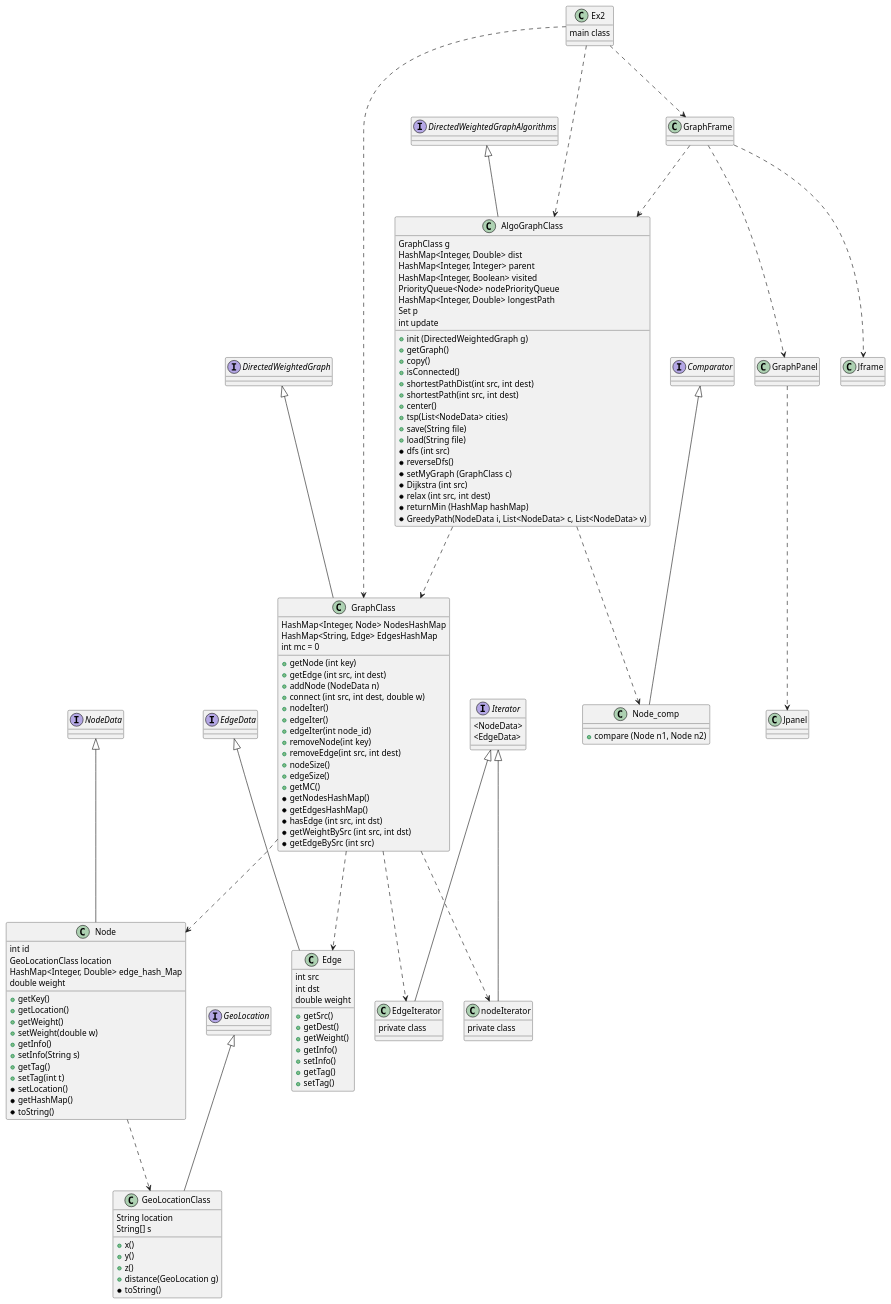
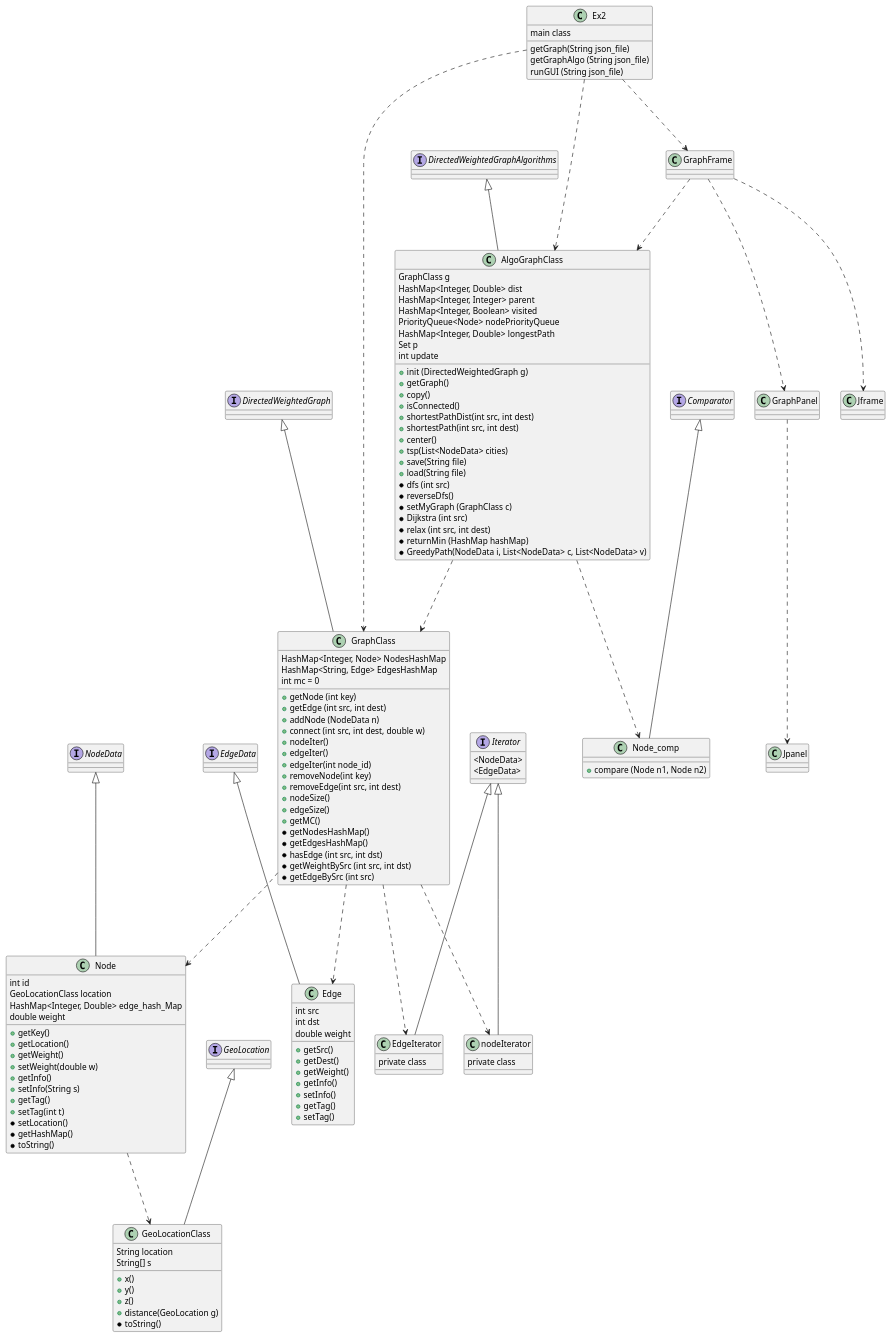
One commit to Ofiregev/Ex2_oop changed the diagram in DWG uml.puml. Above: the diagram before and after it, drawn with PlantUML. The commit also changed 3 other files, not shown here.

```diff
--- a/DWG uml.puml
+++ b/DWG uml.puml
@@ -1,180 +1,186 @@
 @startuml
 'https://plantuml.com/class-diagram
 
 interface DirectedWeightedGraph
 interface DirectedWeightedGraphAlgorithms
 interface EdgeData
 interface GeoLocation
 interface NodeData
 
 interface Iterator
 interface Comparator
 
 class Ex2
 class GraphClass
 class AlgoGraphClass
 class Edge
 class Node
 class Node_comp
 class GeoLocationClass
 class GraphFrame
 class GraphPanel
 class nodeIterator
 class EdgeIterator
 class Jframe
 class Jpanel
 
 Ex2...>AlgoGraphClass
 Ex2..>GraphClass
 
 Ex2...>GraphFrame
 GraphFrame ...>GraphPanel
 
 
 
 DirectedWeightedGraph <|--- GraphClass
 DirectedWeightedGraphAlgorithms <|--- AlgoGraphClass
 GeoLocation <|--- GeoLocationClass
 NodeData <|--- Node
 EdgeData <|--- Edge
 Iterator <|---nodeIterator
 Iterator <|--- EdgeIterator
 Comparator <|--- Node_comp
 
 GraphFrame ...>Jframe
 GraphPanel ...> Jpanel
 
 AlgoGraphClass ...> GraphClass
 AlgoGraphClass ...>Node_comp
 Node ...>GeoLocationClass
 
 GraphClass ...> Node
 GraphClass ...> Edge
 GraphClass ...>nodeIterator
 GraphClass ...>EdgeIterator
 GraphFrame ...>AlgoGraphClass
 
 
 class Ex2{
 main class
 }
 
 class GraphClass{
 HashMap<Integer, Node> NodesHashMap
  HashMap<String, Edge> EdgesHashMap
  int mc = 0
 +getNode (int key)
 +getEdge (int src, int dest)
 +addNode (NodeData n)
 +connect (int src, int dest, double w)
 +nodeIter()
 +edgeIter()
 +edgeIter(int node_id)
 +removeNode(int key)
 +removeEdge(int src, int dest)
 +nodeSize()
 +edgeSize()
 +getMC()
 
 
 *getNodesHashMap()
 *getEdgesHashMap()
 *hasEdge (int src, int dst)
 *getWeightBySrc (int src, int dst)
 *getEdgeBySrc (int src)
 
 }
 class AlgoGraphClass{
 GraphClass g
 HashMap<Integer, Double> dist
 HashMap<Integer, Integer> parent
 HashMap<Integer, Boolean> visited
 PriorityQueue<Node> nodePriorityQueue
 HashMap<Integer, Double> longestPath
 Set p
 int update
 
 +init (DirectedWeightedGraph g)
 +getGraph()
 +copy()
 +isConnected()
 +shortestPathDist(int src, int dest)
 +shortestPath(int src, int dest)
 +center()
 +tsp(List<NodeData> cities)
 +save(String file)
 +load(String file)
 *dfs (int src)
 *reverseDfs()
 *setMyGraph (GraphClass c)
 *Dijkstra (int src)
 *relax (int src, int dest)
 *returnMin (HashMap hashMap)
 *GreedyPath(NodeData i, List<NodeData> c, List<NodeData> v)
 }
 class nodeIterator{
 private class
 }
 class EdgeIterator{
 private class
 }
 class Node{
 int id
 GeoLocationClass location
 HashMap<Integer, Double> edge_hash_Map
 double weight
 
 +getKey()
 +getLocation()
 +getWeight()
 +setWeight(double w)
 +getInfo()
 +setInfo(String s)
 +getTag()
 +setTag(int t)
 *setLocation()
 *getHashMap()
 *toString()
 
 }
 class Edge{
 int src
 int dst
 double weight
 +getSrc()
 +getDest()
 +getWeight()
 +getInfo()
 +setInfo()
 +getTag()
 +setTag()
 }
 class GeoLocationClass{
 String location
 String[] s
 
 +x()
 +y()
 +z()
 +distance(GeoLocation g)
 *toString()
 
 
 
 
 }
 class Node_comp{
 +compare (Node n1, Node n2)
 }
 
 
 interface Iterator{
 <NodeData>
 <EdgeData>
 }
+class Ex2{
+getGraph(String json_file)
+getGraphAlgo (String json_file)
+runGUI (String json_file)
+
+}
 
 
 
 
 
 @enduml
```
